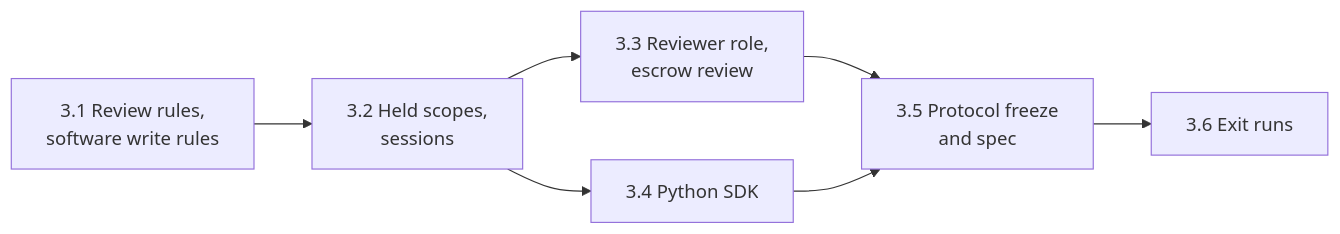
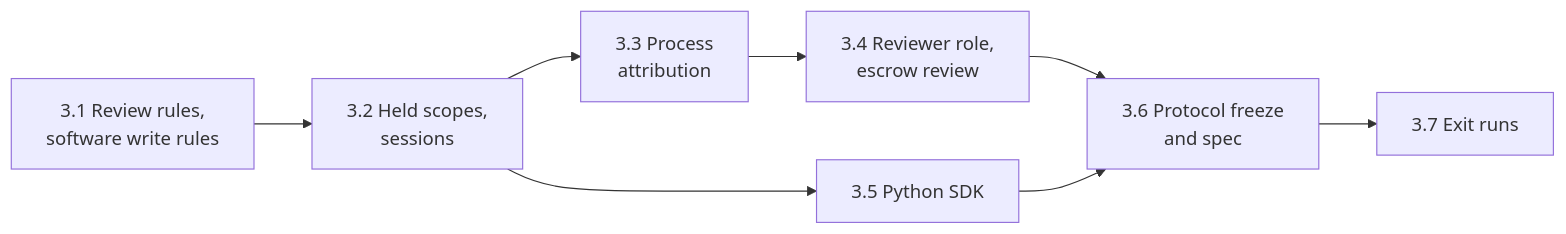
Before and after one commit to rcrsr/escrowd: the diagram in docs/phase-3-held-decisions.md, drawn with Mermaid. The commit also changed other lines of this file and 2 other files, not shown here.

First line of the commit message:
docs(plan): process attribution in phase 3 (3.3) (#27)

````diff
--- a/docs/phase-3-held-decisions.md
+++ b/docs/phase-3-held-decisions.md
@@ -24,9 +25,10 @@
 ```mermaid
 flowchart LR
     S1["3.1 Review rules,<br/>software write rules"] --> S2["3.2 Held scopes,<br/>sessions"]
-    S2 --> S3["3.3 Reviewer role,<br/>escrow review"]
-    S2 --> S4["3.4 Python SDK"]
-    S3 --> S5["3.5 Protocol freeze<br/>and spec"]
-    S4 --> S5
-    S5 --> S6["3.6 Exit runs"]
+    S2 --> S3["3.3 Process<br/>attribution"]
+    S3 --> S4["3.4 Reviewer role,<br/>escrow review"]
+    S2 --> S5["3.5 Python SDK"]
+    S4 --> S6["3.6 Protocol freeze<br/>and spec"]
+    S5 --> S6
+    S6 --> S7["3.7 Exit runs"]
 ```
````
